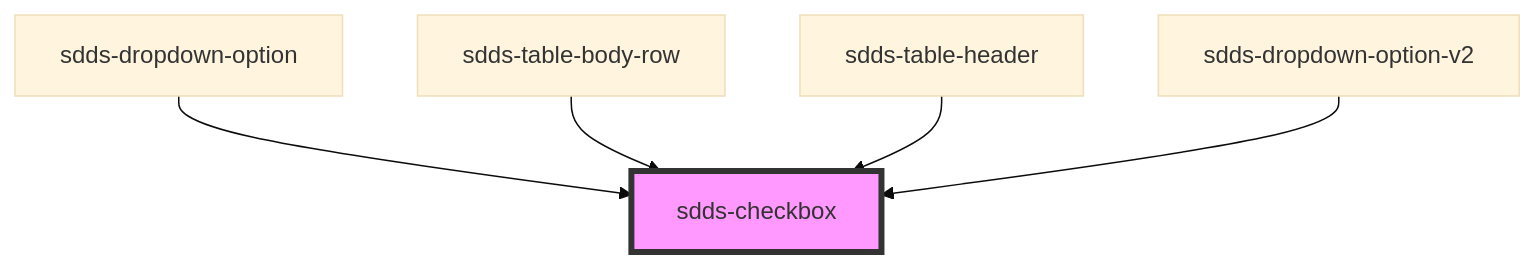
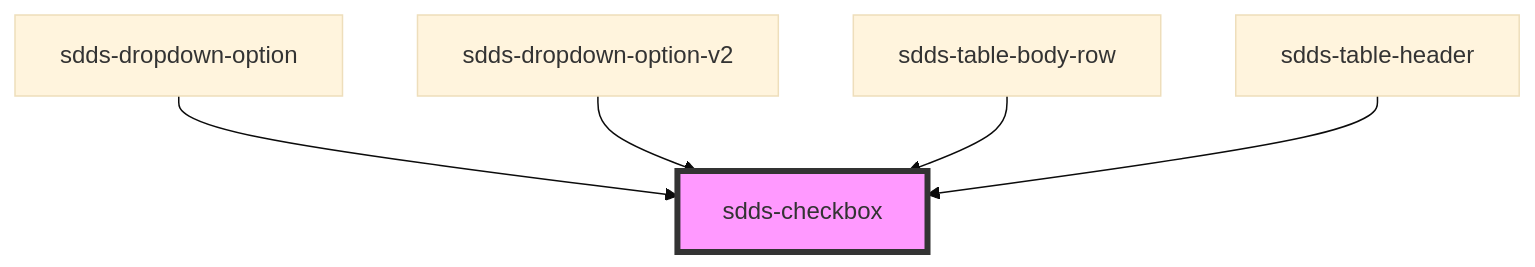
Before and after one commit to scania-digital-design-system/sdds: the diagram in tegel/src/components/checkbox/readme.md, drawn with Mermaid (base theme). The commit also changed other lines of this file and 1 other file, not shown here.

Commit message:
fix(dropdown-v2): show all options on removal of filter query

````diff
--- a/tegel/src/components/checkbox/readme.md
+++ b/tegel/src/components/checkbox/readme.md
@@ -52,8 +52,8 @@
 ```mermaid
 graph TD;
   sdds-dropdown-option --> sdds-checkbox
+  sdds-dropdown-option-v2 --> sdds-checkbox
   sdds-table-body-row --> sdds-checkbox
   sdds-table-header --> sdds-checkbox
-  sdds-dropdown-option-v2 --> sdds-checkbox
   style sdds-checkbox fill:#f9f,stroke:#333,stroke-width:4px
 ```
````
